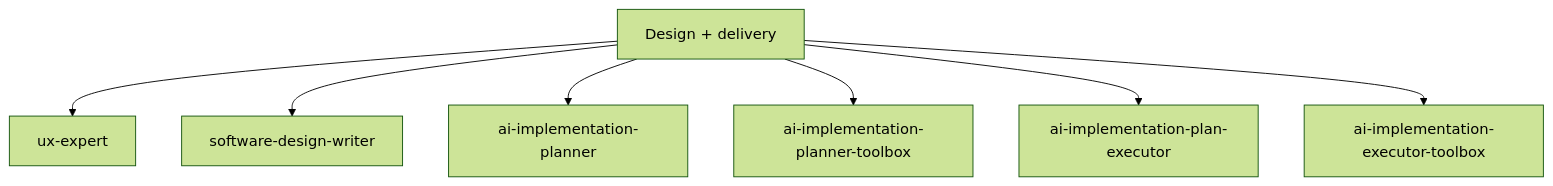
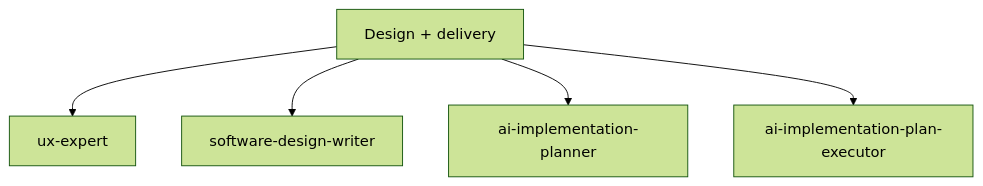
One commit to juank11memphis/ai-augmented-workflow changed the third of 5 diagrams in README.md. Above: the diagram before and after it, drawn with Mermaid (forest theme). The commit also changed other lines of this file and 39 other files, not shown here.

````diff
--- a/README.md
+++ b/README.md
@@ -186,10 +186,8 @@
 ```mermaid
 flowchart TB
   delivery["Design + delivery"]
   delivery --> uxExpert["ux-expert"]
   delivery --> technicalDesign["software-design-writer"]
   delivery --> implementationPlanner["ai-implementation-planner"]
-  delivery --> implementationPlannerToolbox["ai-implementation-planner-toolbox"]
   delivery --> implementationExecutor["ai-implementation-plan-executor"]
-  delivery --> implementationExecutorToolbox["ai-implementation-executor-toolbox"]
 ```
````
